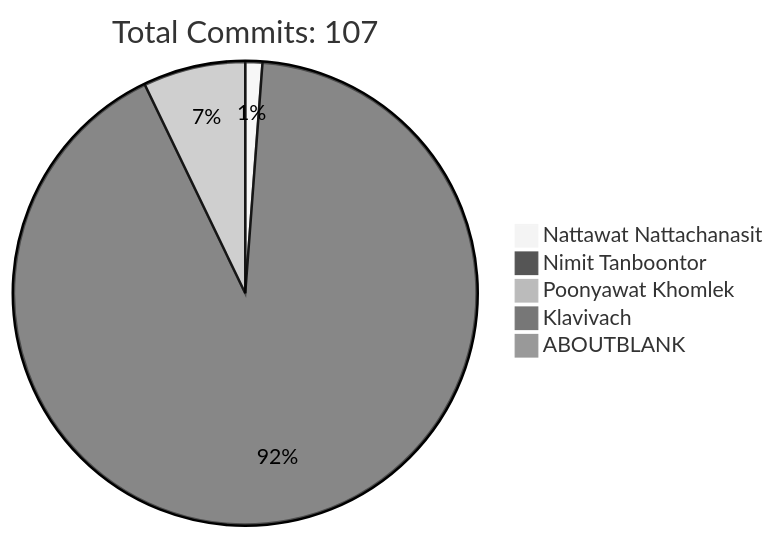
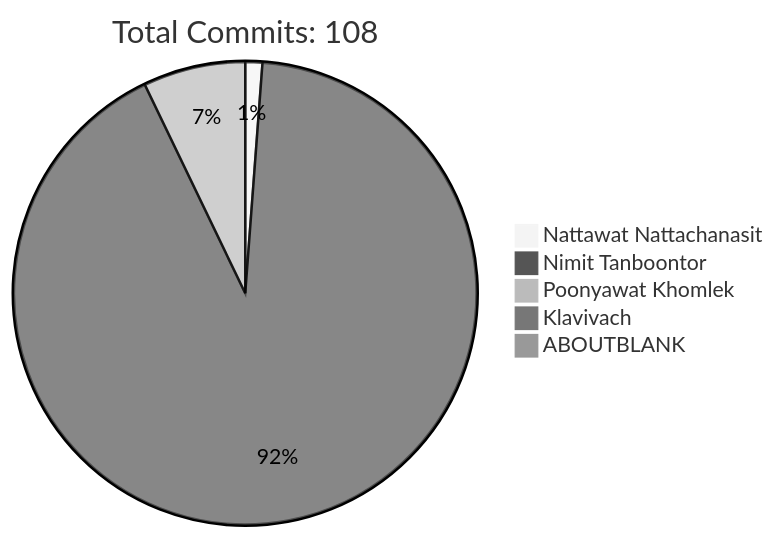
One commit to HLLC-MFU/HLLC-2025 changed the diagram in README.md. Above: the diagram before and after it, drawn with Mermaid (neutral theme). The commit also changed other lines of this file, not shown here.

````diff
--- a/README.md
+++ b/README.md
@@ -170,9 +170,9 @@
 ```mermaid
 pie
-    title Total Commits: 107
+    title Total Commits: 108
     "Nattawat Nattachanasit" : 1
     "Nimit Tanboontor" : 77
     "Poonyawat Khomlek" : 6
     "Klavivach" : 0
     "ABOUTBLANK" : 0
 ```
````
